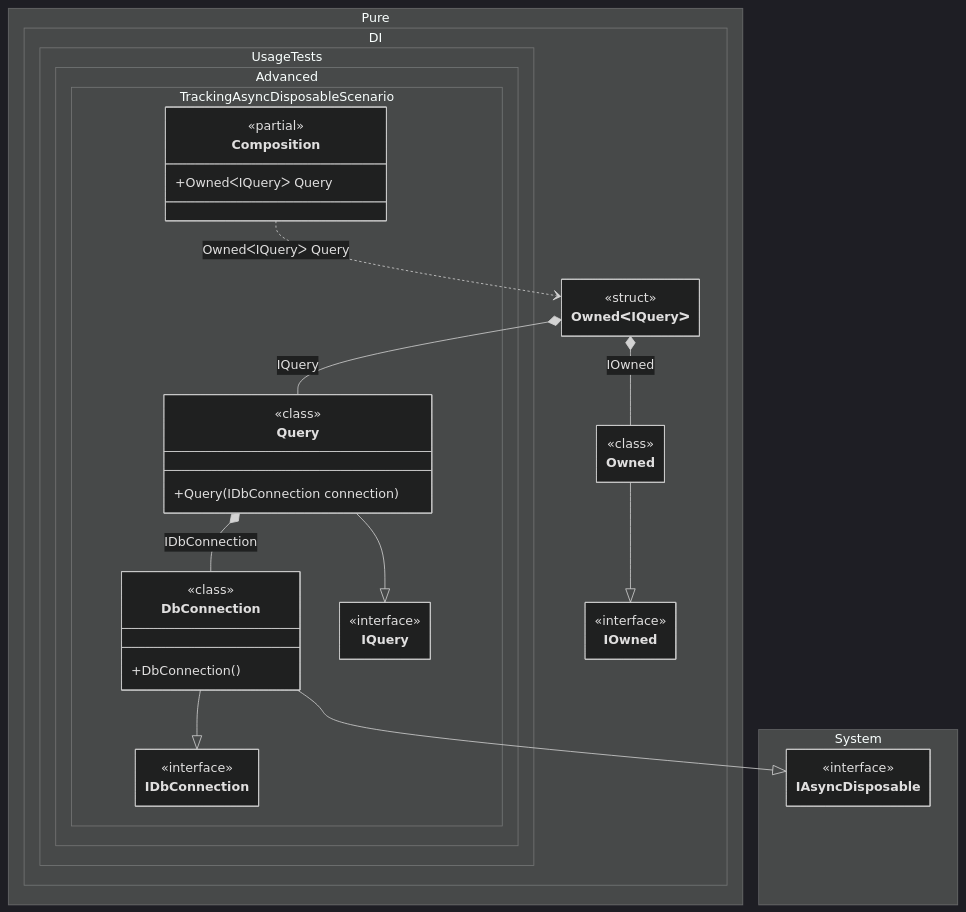
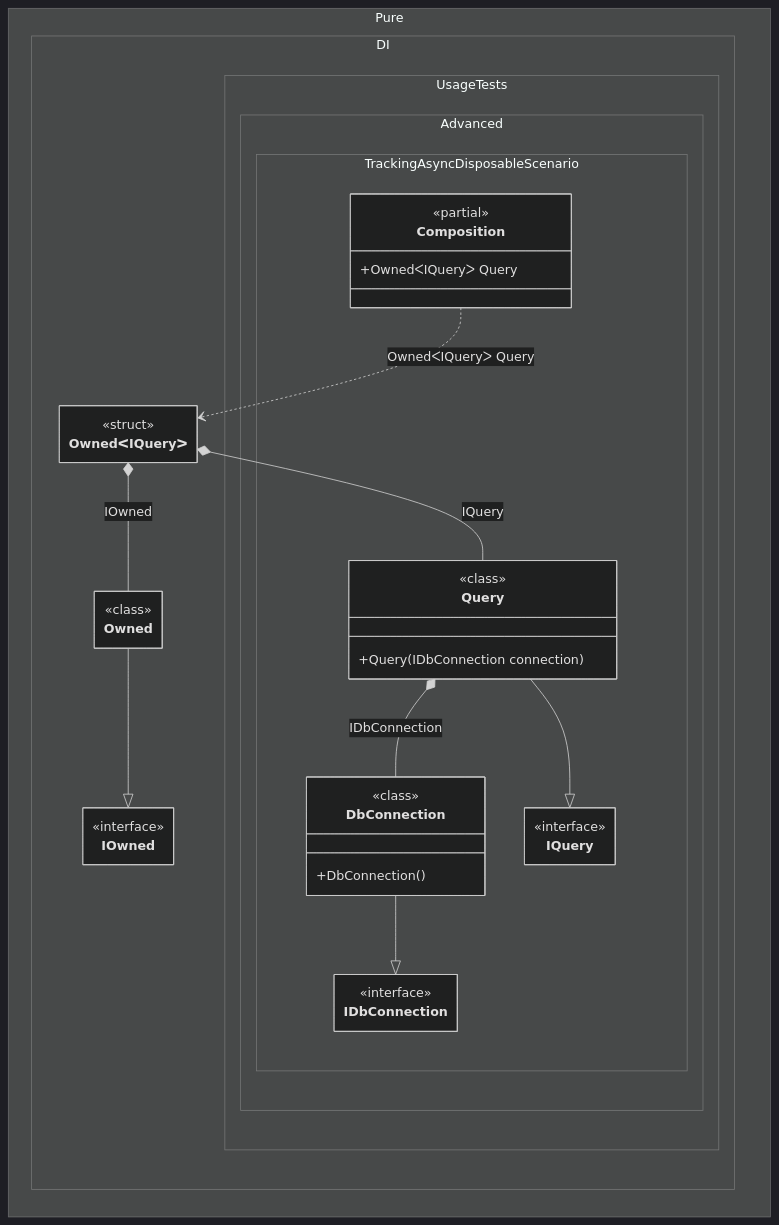
Before and after one commit to DevTeam/Pure.DI: the diagram in readme/tracking-async-disposable-instances-per-a-composition-root.md, drawn with Mermaid (dark theme). The commit also changed 45 other files, not shown here.

````diff
--- a/readme/tracking-async-disposable-instances-per-a-composition-root.md
+++ b/readme/tracking-async-disposable-instances-per-a-composition-root.md
@@ -168,52 +168,46 @@
 ```mermaid
 ---
  config:
   class:
    hideEmptyMembersBox: true
 ---
 classDiagram
 	Owned --|> IOwned
 	DbConnection --|> IDbConnection
-	DbConnection --|> IAsyncDisposable
 	Query --|> IQuery
 	Composition ..> OwnedᐸIQueryᐳ : OwnedᐸIQueryᐳ Query
 	Query *-- DbConnection : IDbConnection
 	OwnedᐸIQueryᐳ *-- Owned : IOwned
 	OwnedᐸIQueryᐳ *-- Query : IQuery
 	namespace Pure.DI {
 		class IOwned {
 			<<interface>>
 		}
 		class Owned {
 				<<class>>
 		}
 		class OwnedᐸIQueryᐳ {
 				<<struct>>
 		}
 	}
 	namespace Pure.DI.UsageTests.Advanced.TrackingAsyncDisposableScenario {
 		class Composition {
 		<<partial>>
 		+OwnedᐸIQueryᐳ Query
 		}
 		class DbConnection {
 				<<class>>
 			+DbConnection()
 		}
 		class IDbConnection {
 			<<interface>>
 		}
 		class IQuery {
 			<<interface>>
 		}
 		class Query {
 				<<class>>
 			+Query(IDbConnection connection)
 		}
 	}
-	namespace System {
-		class IAsyncDisposable {
-			<<interface>>
-		}
-	}
 ```
````
